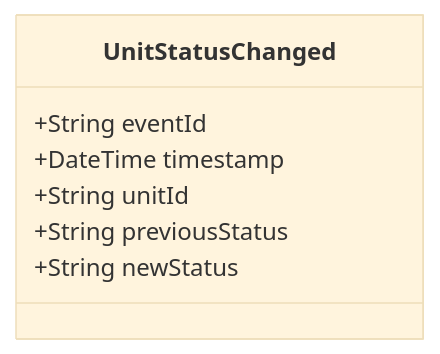
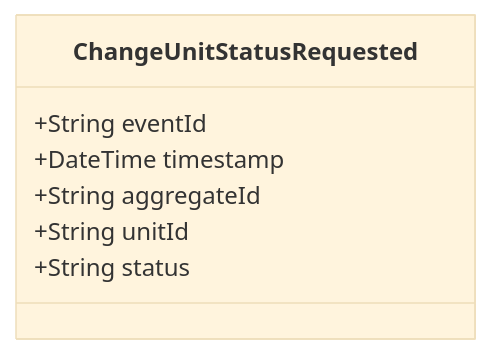
One commit to pgraff/police-system changed the diagram in doc/events/UnitStatusChanged.md. Above: the diagram before and after it, drawn with Mermaid (base theme). The commit also changed other lines of this file and 58 other files, not shown here.

````diff
--- a/doc/events/UnitStatusChanged.md
+++ b/doc/events/UnitStatusChanged.md
@@ -9,10 +9,10 @@
 ```mermaid
 classDiagram
-    class UnitStatusChanged {
+    class ChangeUnitStatusRequested {
         +String eventId
         +DateTime timestamp
+        +String aggregateId
         +String unitId
-        +String previousStatus
-        +String newStatus
+        +String status
     }
 ```
````
